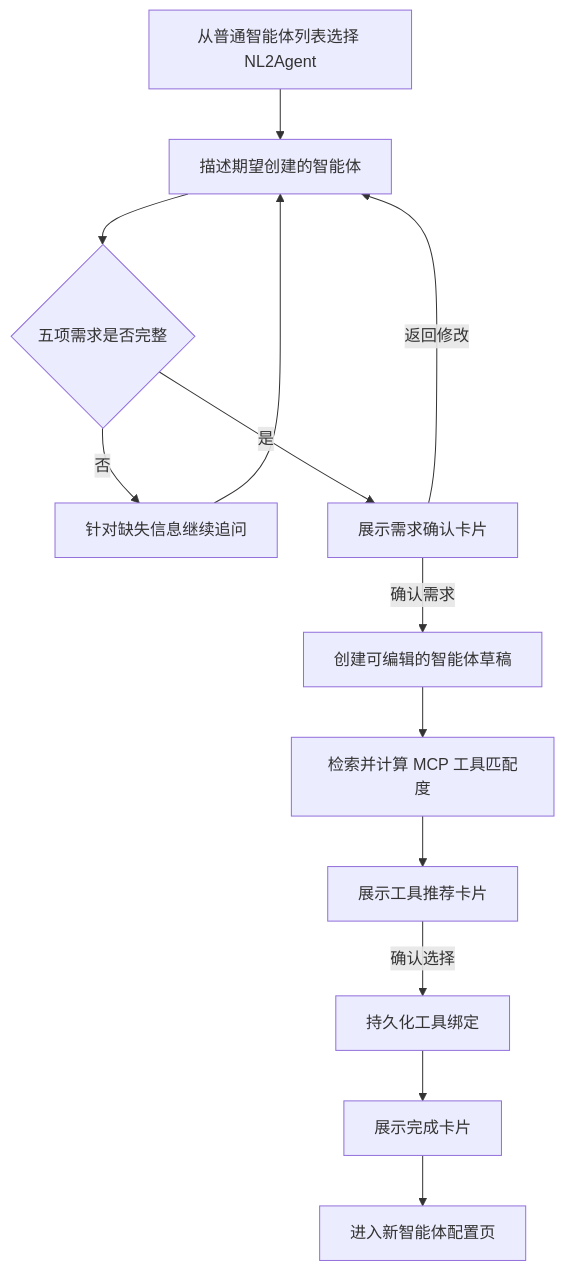
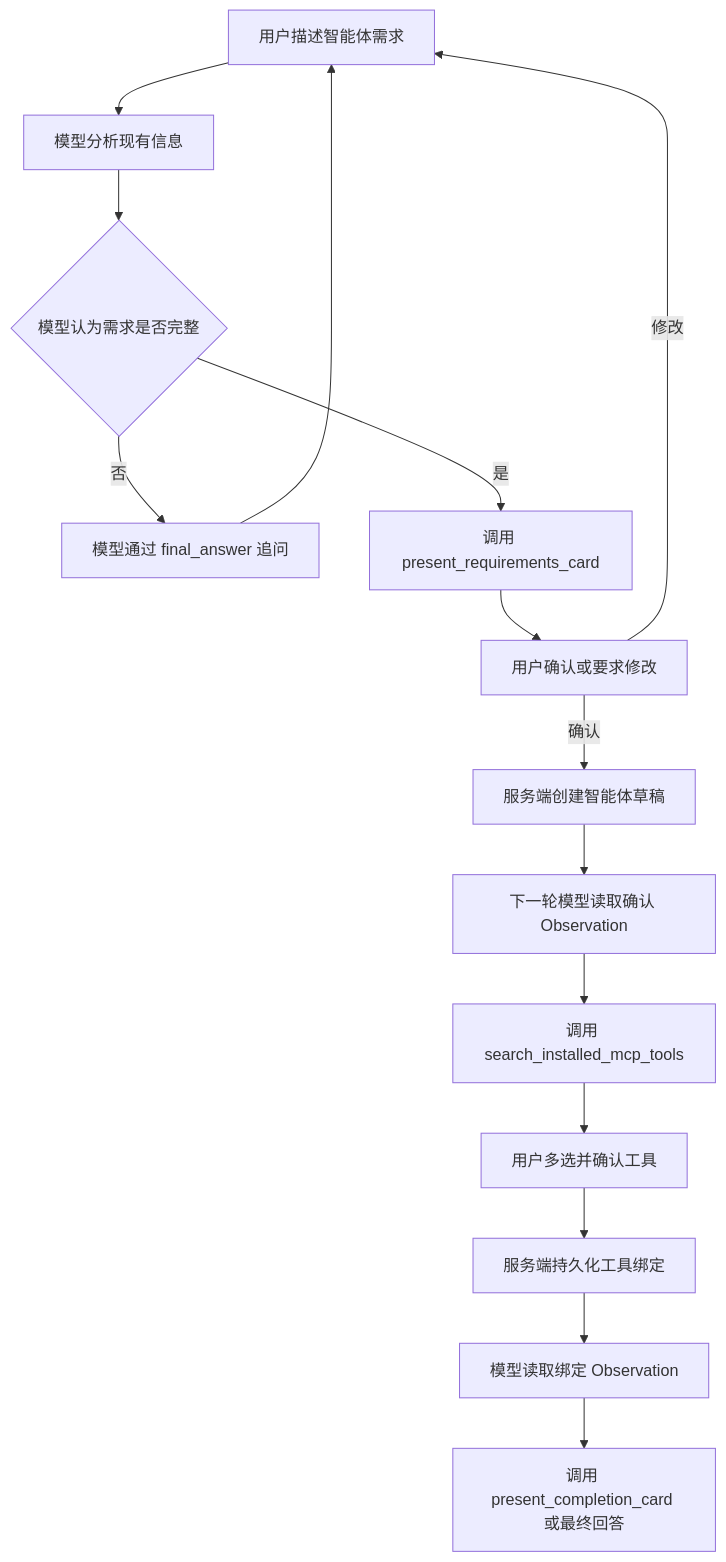
One commit to ModelEngine-Group/nexent changed the diagram in doc/nl2agent-design-zh.md. Above: the diagram before and after it, drawn with Mermaid. The commit also changed other lines of this file and 1 other file, not shown here.

Commit message:
📝 Docs: Align NL2Agent design with ReAct runtime

````diff
--- a/doc/nl2agent-design-zh.md
+++ b/doc/nl2agent-design-zh.md
@@ -82,15 +64,17 @@
 ```mermaid
 flowchart TD
-    A[从普通智能体列表选择 NL2Agent] --> B[描述期望创建的智能体]
-    B --> C{五项需求是否完整}
-    C -- 否 --> D[针对缺失信息继续追问]
-    D --> B
-    C -- 是 --> E[展示需求确认卡片]
-    E -->|返回修改| B
-    E -->|确认需求| F[创建可编辑的智能体草稿]
-    F --> G[检索并计算 MCP 工具匹配度]
-    G --> H[展示工具推荐卡片]
-    H -->|确认选择| I[持久化工具绑定]
-    I --> J[展示完成卡片]
-    J --> K[进入新智能体配置页]
+    A[用户描述智能体需求] --> B[模型分析现有信息]
+    B --> C{模型认为需求是否完整}
+    C -- 否 --> D[模型通过 final_answer 追问]
+    D --> A
+    C -- 是 --> E[调用 present_requirements_card]
+    E --> F[用户确认或要求修改]
+    F -- 修改 --> A
+    F -- 确认 --> G[服务端创建智能体草稿]
+    G --> H[下一轮模型读取确认 Observation]
+    H --> I[调用 search_installed_mcp_tools]
+    I --> J[用户多选并确认工具]
+    J --> K[服务端持久化工具绑定]
+    K --> L[模型读取绑定 Observation]
+    L --> M[调用 present_completion_card 或最终回答]
 ```
````
